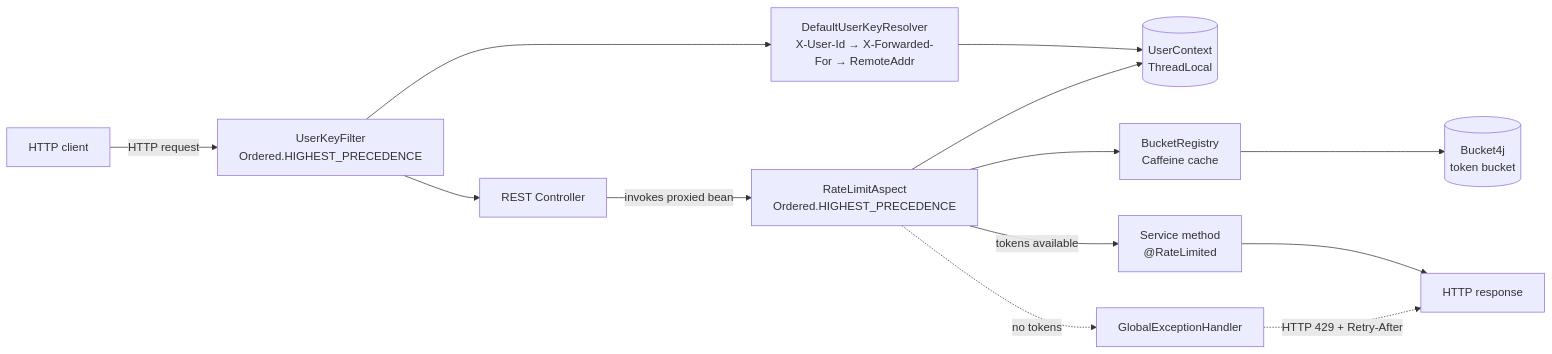
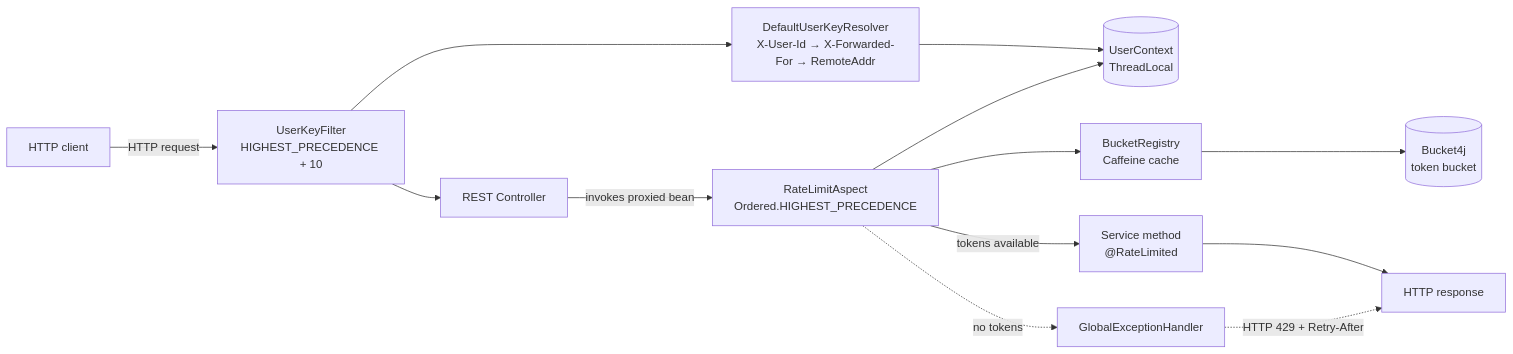
The first of 7 diagrams in doc/rate-limiting.md (tufangorel/spring-boot-hibernate-bidirectional-many-to-one-relationship-mapping), drawn with Mermaid before and after one commit. The commit also changed other lines of this file and 18 other files, not shown here.

````diff
--- a/doc/rate-limiting.md
+++ b/doc/rate-limiting.md
@@ -101,27 +101,27 @@
 ```mermaid
 flowchart LR
     Client[HTTP client]
-    Filter[UserKeyFilter<br/>Ordered.HIGHEST_PRECEDENCE]
+    Filter[UserKeyFilter<br/>HIGHEST_PRECEDENCE + 10]
     Resolver[DefaultUserKeyResolver<br/>X-User-Id &rarr; X-Forwarded-For &rarr; RemoteAddr]
     Context[(UserContext<br/>ThreadLocal)]
     Controller[REST Controller]
     Aspect[RateLimitAspect<br/>Ordered.HIGHEST_PRECEDENCE]
     Registry[BucketRegistry<br/>Caffeine cache]
     Bucket[(Bucket4j<br/>token bucket)]
     Service[Service method<br/>@RateLimited]
     Handler[GlobalExceptionHandler]
     Response[HTTP response]
 
     Client -->|HTTP request| Filter
     Filter --> Resolver
     Resolver --> Context
     Filter --> Controller
     Controller -->|invokes proxied bean| Aspect
     Aspect --> Context
     Aspect --> Registry
     Registry --> Bucket
     Aspect -->|tokens available| Service
     Service --> Response
     Aspect -.->|no tokens| Handler
     Handler -.->|HTTP 429 + Retry-After| Response
 ```
````
